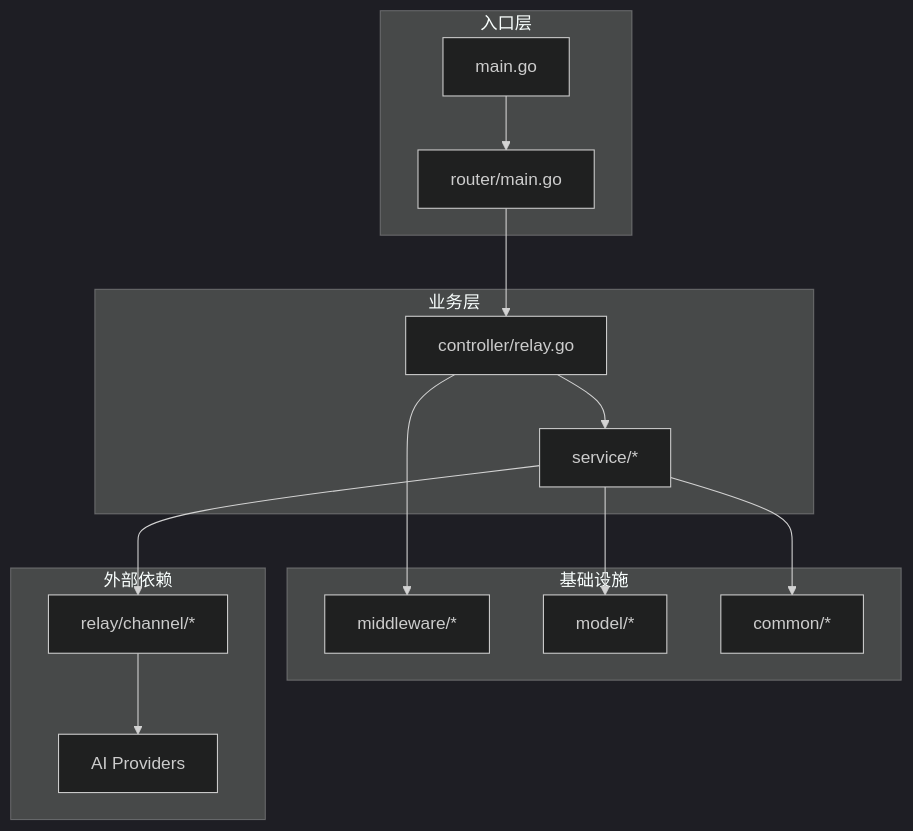
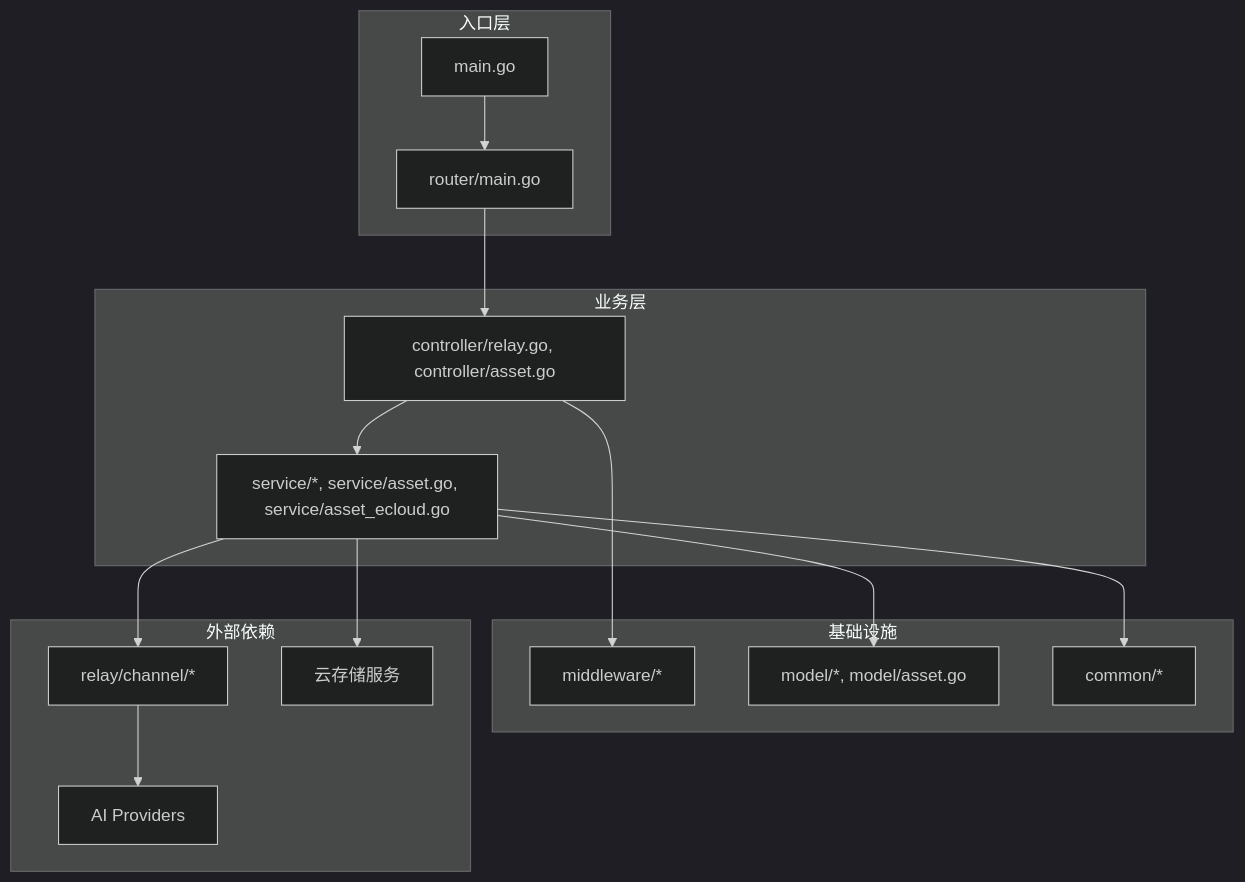
One commit to zhaodechao2008/new-api changed diagram 13 of 13 in .qoder/repowiki/zh/content/项目概览/核心特性/核心特性.md. Above: the diagram before and after it, drawn with Mermaid (dark theme). The commit also changed other lines of this file and 274 other files, not shown here.

````diff
--- a/.qoder/repowiki/zh/content/项目概览/核心特性/核心特性.md
+++ b/.qoder/repowiki/zh/content/项目概览/核心特性/核心特性.md
@@ -407,28 +550,30 @@
 ```mermaid
 graph TB
 subgraph "入口层"
 Main["main.go"]
 Router["router/main.go"]
 end
 subgraph "业务层"
-Controller["controller/relay.go"]
-Service["service/*"]
+Controller["controller/relay.go, controller/asset.go"]
+Service["service/*, service/asset.go, service/asset_ecloud.go"]
 end
 subgraph "基础设施"
 Middleware["middleware/*"]
-Model["model/*"]
+Model["model/*, model/asset.go"]
 Common["common/*"]
 end
 subgraph "外部依赖"
 Adapters["relay/channel/*"]
 Providers["AI Providers"]
+CloudStorage["云存储服务"]
 end
 Main --> Router
 Router --> Controller
 Controller --> Service
 Controller --> Middleware
 Service --> Model
 Service --> Common
 Service --> Adapters
+Service --> CloudStorage
 Adapters --> Providers
 ```
````
